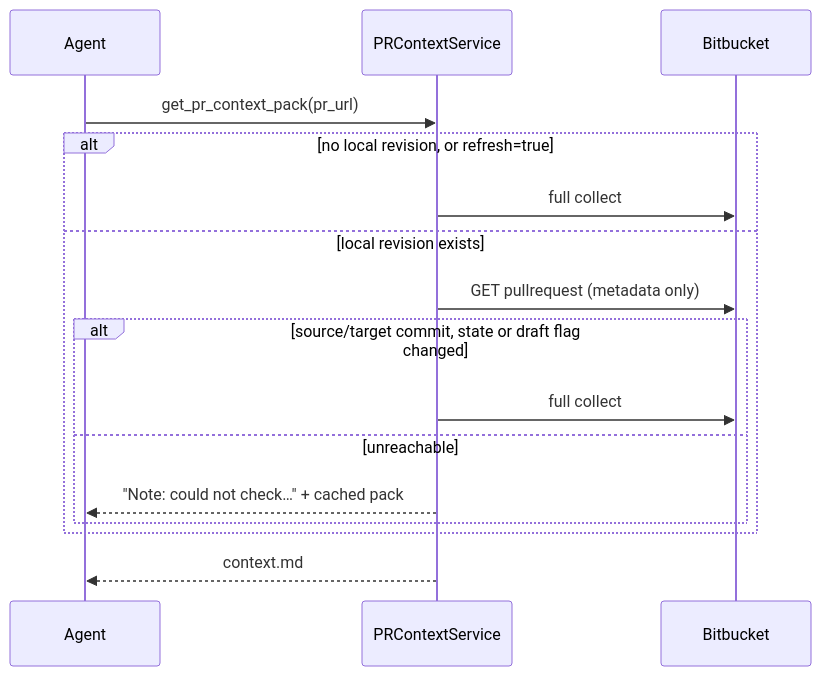
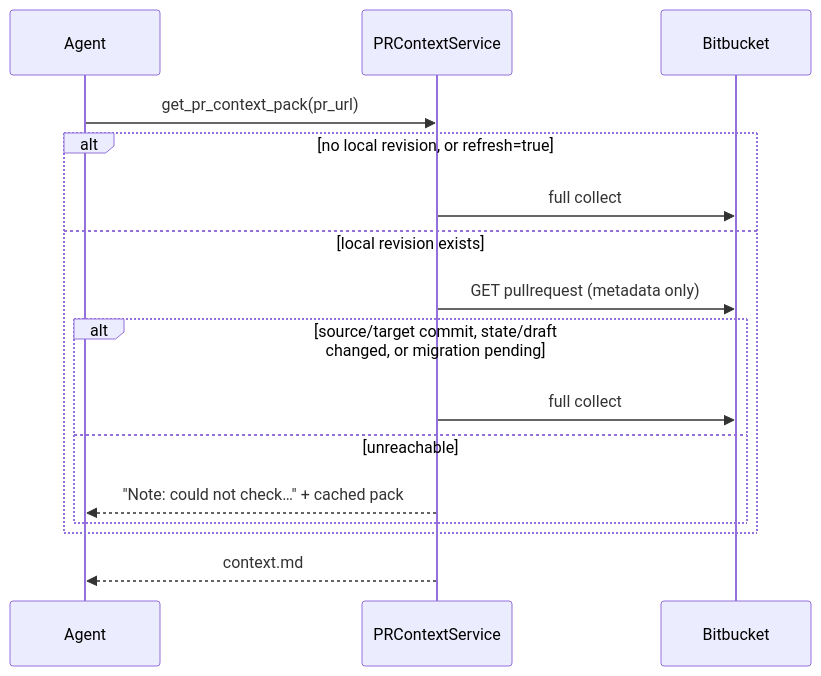
One commit to Ninh-Duong/mcp-pr-companion changed the second of 2 diagrams in docs/ARCHITECTURE.md. Above: the diagram before and after it, drawn with Mermaid. The commit also changed other lines of this file and 14 other files, not shown here.

````diff
--- a/docs/ARCHITECTURE.md
+++ b/docs/ARCHITECTURE.md
@@ -80,18 +82,18 @@
 ```mermaid
 sequenceDiagram
     participant Agent
     participant S as PRContextService
     participant BB as Bitbucket
     Agent->>S: get_pr_context_pack(pr_url)
     alt no local revision, or refresh=true
         S->>BB: full collect
     else local revision exists
         S->>BB: GET pullrequest (metadata only)
-        alt source/target commit, state or draft flag changed
+        alt source/target commit, state/draft changed, or migration pending
             S->>BB: full collect
         else unreachable
             S-->>Agent: "Note: could not check…" + cached pack
         end
     end
     S-->>Agent: context.md
 ```
````
